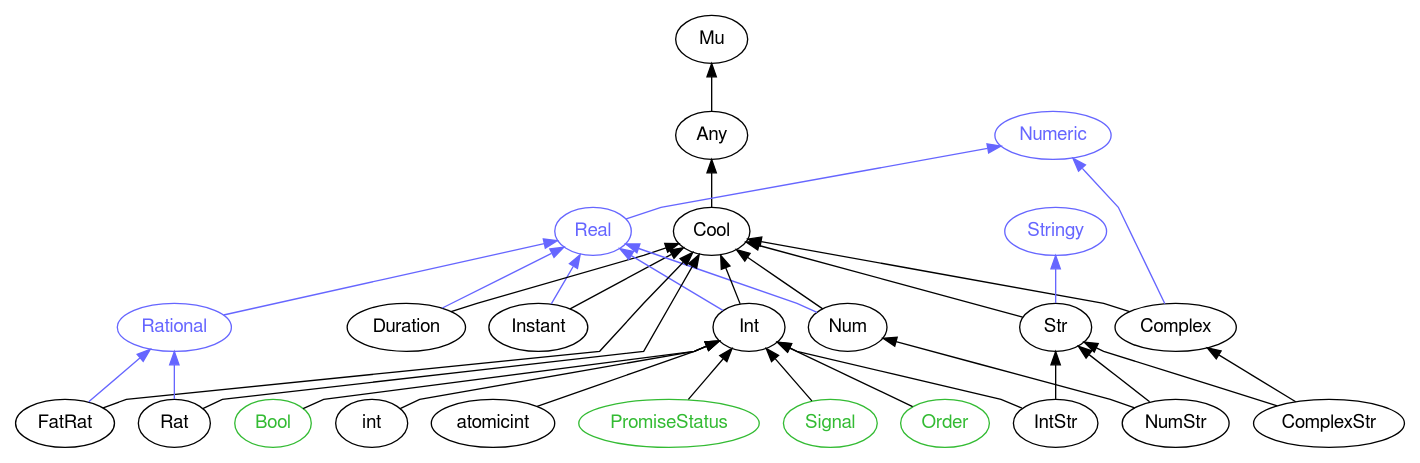
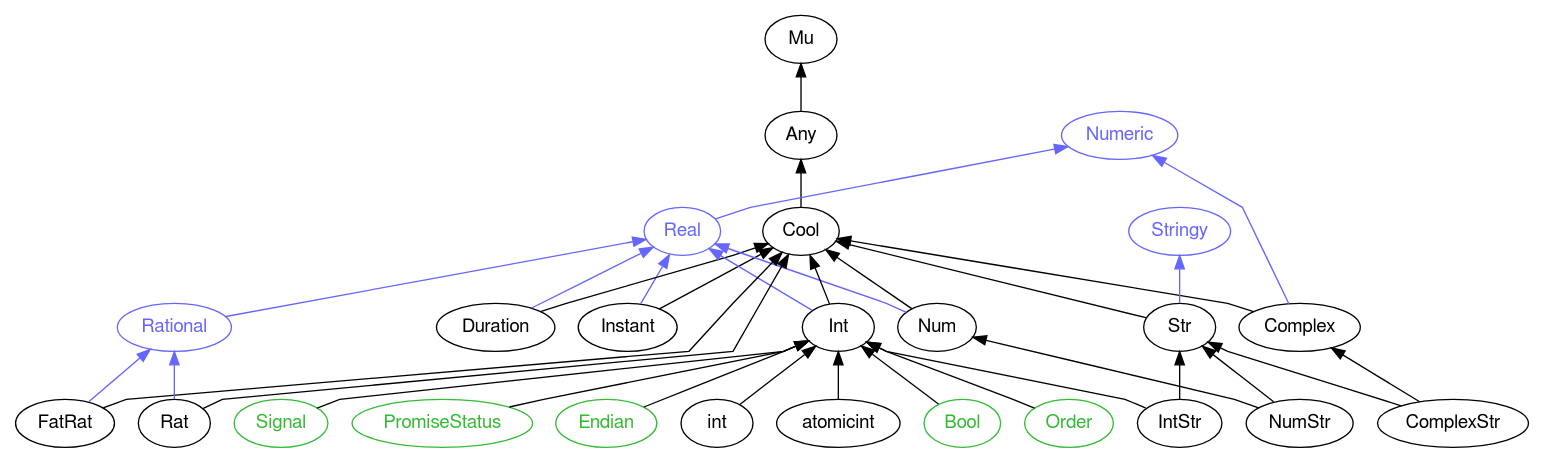
Before and after one commit to perl6docs/perl6docs.github.io: the diagram in images/type-graph-Numeric.svg.dot, drawn with Graphviz. The commit also changed 1879 other files, not shown here.

```diff
--- a/images/type-graph-Numeric.svg.dot
+++ b/images/type-graph-Numeric.svg.dot
@@ -1,66 +1,68 @@
 digraph "perl6-type-graph" {
     rankdir=BT;
     splines=polyline;
     overlap=false; 
     // Types
     "Numeric" [color="#6666FF", fontcolor="#6666FF", href="/type/Numeric", fontname="FreeSans"];
     "Mu" [color="#000000", fontcolor="#000000", href="/type/Mu", fontname="FreeSans"];
     "Any" [color="#000000", fontcolor="#000000", href="/type/Any", fontname="FreeSans"];
     "Cool" [color="#000000", fontcolor="#000000", href="/type/Cool", fontname="FreeSans"];
     "Complex" [color="#000000", fontcolor="#000000", href="/type/Complex", fontname="FreeSans"];
     "Real" [color="#6666FF", fontcolor="#6666FF", href="/type/Real", fontname="FreeSans"];
     "Stringy" [color="#6666FF", fontcolor="#6666FF", href="/type/Stringy", fontname="FreeSans"];
     "Str" [color="#000000", fontcolor="#000000", href="/type/Str", fontname="FreeSans"];
     "ComplexStr" [color="#000000", fontcolor="#000000", href="/type/ComplexStr", fontname="FreeSans"];
+    "Rational" [color="#6666FF", fontcolor="#6666FF", href="/type/Rational", fontname="FreeSans"];
     "Instant" [color="#000000", fontcolor="#000000", href="/type/Instant", fontname="FreeSans"];
     "Duration" [color="#000000", fontcolor="#000000", href="/type/Duration", fontname="FreeSans"];
     "Num" [color="#000000", fontcolor="#000000", href="/type/Num", fontname="FreeSans"];
     "Int" [color="#000000", fontcolor="#000000", href="/type/Int", fontname="FreeSans"];
-    "Rational" [color="#6666FF", fontcolor="#6666FF", href="/type/Rational", fontname="FreeSans"];
     "NumStr" [color="#000000", fontcolor="#000000", href="/type/NumStr", fontname="FreeSans"];
-    "Bool" [color="#33BB33", fontcolor="#33BB33", href="/type/Bool", fontname="FreeSans"];
+    "Signal" [color="#33BB33", fontcolor="#33BB33", href="/type/Signal", fontname="FreeSans"];
+    "PromiseStatus" [color="#33BB33", fontcolor="#33BB33", href="/type/PromiseStatus", fontname="FreeSans"];
+    "Endian" [color="#33BB33", fontcolor="#33BB33", href="/type/Endian", fontname="FreeSans"];
     "int" [color="#000000", fontcolor="#000000", href="/type/int", fontname="FreeSans"];
     "atomicint" [color="#000000", fontcolor="#000000", href="/type/atomicint", fontname="FreeSans"];
-    "PromiseStatus" [color="#33BB33", fontcolor="#33BB33", href="/type/PromiseStatus", fontname="FreeSans"];
+    "Bool" [color="#33BB33", fontcolor="#33BB33", href="/type/Bool", fontname="FreeSans"];
     "IntStr" [color="#000000", fontcolor="#000000", href="/type/IntStr", fontname="FreeSans"];
-    "Signal" [color="#33BB33", fontcolor="#33BB33", href="/type/Signal", fontname="FreeSans"];
     "Order" [color="#33BB33", fontcolor="#33BB33", href="/type/Order", fontname="FreeSans"];
     "FatRat" [color="#000000", fontcolor="#000000", href="/type/FatRat", fontname="FreeSans"];
     "Rat" [color="#000000", fontcolor="#000000", href="/type/Rat", fontname="FreeSans"];
 
     // Superclasses
     "Any" -> "Mu" [color="#000000"];
     "Cool" -> "Any" [color="#000000"];
     "Complex" -> "Cool" [color="#000000"];
     "Str" -> "Cool" [color="#000000"];
     "ComplexStr" -> "Complex" [color="#000000"];
     "ComplexStr" -> "Str" [color="#000000"];
     "Instant" -> "Cool" [color="#000000"];
     "Duration" -> "Cool" [color="#000000"];
     "Num" -> "Cool" [color="#000000"];
     "Int" -> "Cool" [color="#000000"];
     "NumStr" -> "Num" [color="#000000"];
     "NumStr" -> "Str" [color="#000000"];
-    "Bool" -> "Int" [color="#000000"];
+    "Signal" -> "Int" [color="#000000"];
+    "PromiseStatus" -> "Int" [color="#000000"];
+    "Endian" -> "Int" [color="#000000"];
     "int" -> "Int" [color="#000000"];
     "atomicint" -> "Int" [color="#000000"];
-    "PromiseStatus" -> "Int" [color="#000000"];
+    "Bool" -> "Int" [color="#000000"];
     "IntStr" -> "Int" [color="#000000"];
     "IntStr" -> "Str" [color="#000000"];
-    "Signal" -> "Int" [color="#000000"];
     "Order" -> "Int" [color="#000000"];
     "FatRat" -> "Cool" [color="#000000"];
     "Rat" -> "Cool" [color="#000000"];
 
     // Roles
     "Complex" -> "Numeric" [color="#6666FF"];
     "Real" -> "Numeric" [color="#6666FF"];
     "Str" -> "Stringy" [color="#6666FF"];
+    "Rational" -> "Real" [color="#6666FF"];
     "Instant" -> "Real" [color="#6666FF"];
     "Duration" -> "Real" [color="#6666FF"];
     "Num" -> "Real" [color="#6666FF"];
     "Int" -> "Real" [color="#6666FF"];
-    "Rational" -> "Real" [color="#6666FF"];
     "FatRat" -> "Rational" [color="#6666FF"];
     "Rat" -> "Rational" [color="#6666FF"];
 }
```
